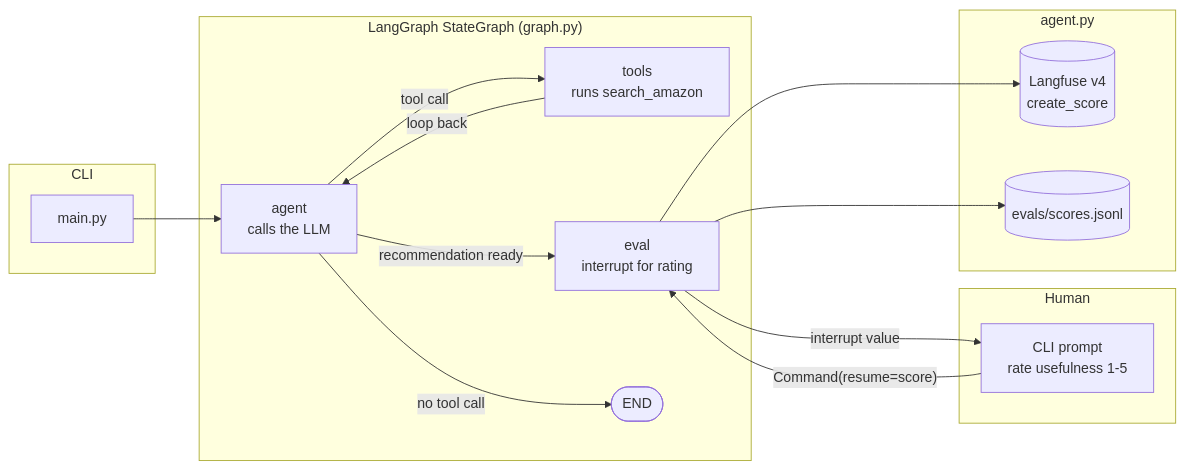
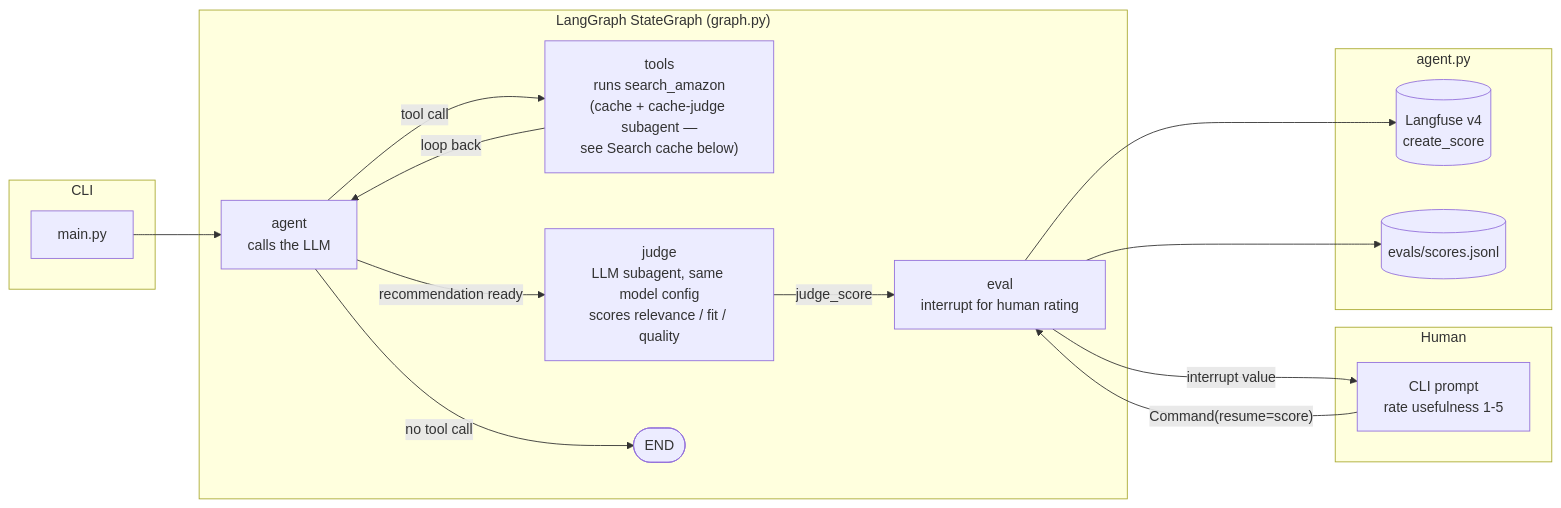
The first of 4 diagrams in README.md (mtlapinski/anz-agent), drawn with Mermaid before and after one commit. The commit also changed other lines of this file, not shown here.

First line of the commit message:
docs: fix stale agent-flow diagram, add cache-judge diagram

````diff
--- a/README.md
+++ b/README.md
@@ -19,29 +20,31 @@
 ```mermaid
 flowchart LR
     subgraph CLI
         M[main.py]
     end
     subgraph SG["LangGraph StateGraph (graph.py)"]
         A[agent<br/>calls the LLM]
-        T[tools<br/>runs search_amazon]
-        E[eval<br/>interrupt for rating]
+        T["tools<br/>runs search_amazon<br/>(cache + cache-judge subagent —<br/>see Search cache below)"]
+        J["judge<br/>LLM subagent, same model config<br/>scores relevance / fit / quality"]
+        E[eval<br/>interrupt for human rating]
         END([END])
         A -->|tool call| T
         T -->|loop back| A
-        A -->|recommendation ready| E
+        A -->|recommendation ready| J
+        J -->|judge_score| E
         A -->|no tool call| END
     end
     subgraph Human
         P[CLI prompt<br/>rate usefulness 1-5]
     end
     subgraph Storage["agent.py"]
         L[(Langfuse v4<br/>create_score)]
-        J[(evals/scores.jsonl)]
+        SC[(evals/scores.jsonl)]
     end
 
     M --> A
     E -->|interrupt value| P
     P -->|"Command(resume=score)"| E
     E --> L
-    E --> J
+    E --> SC
 ```
````
